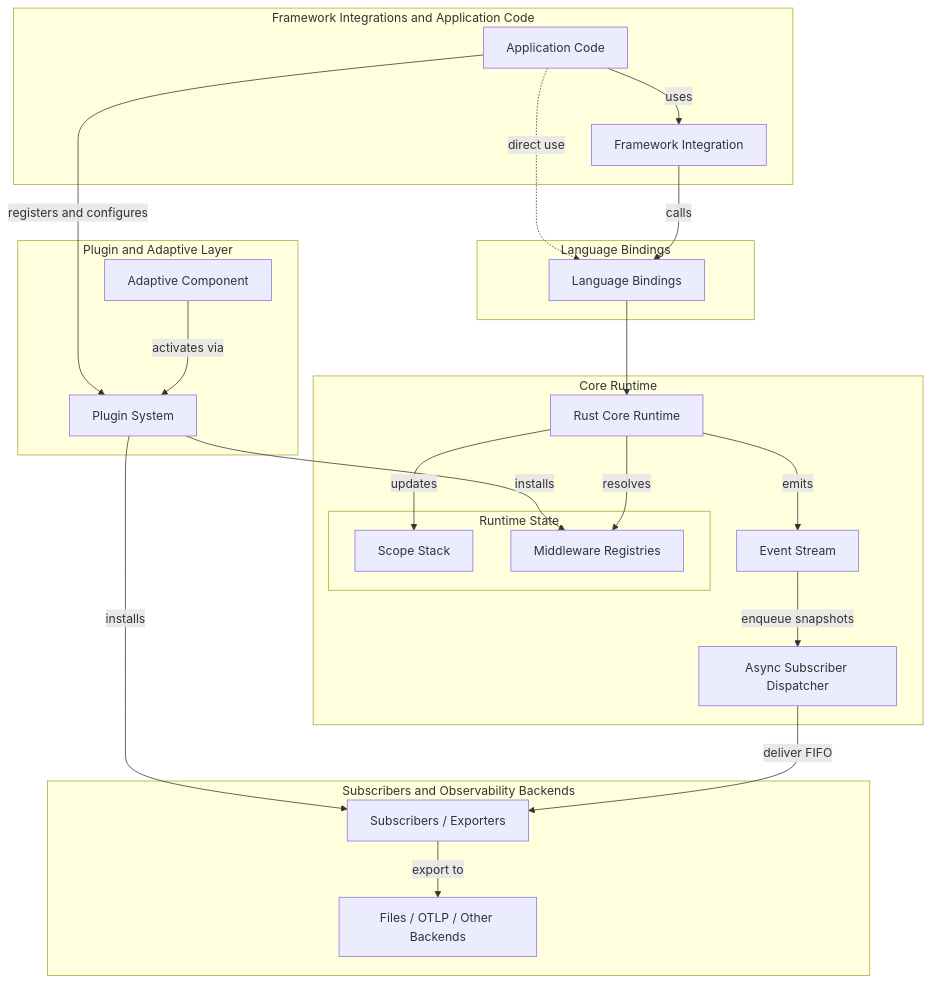
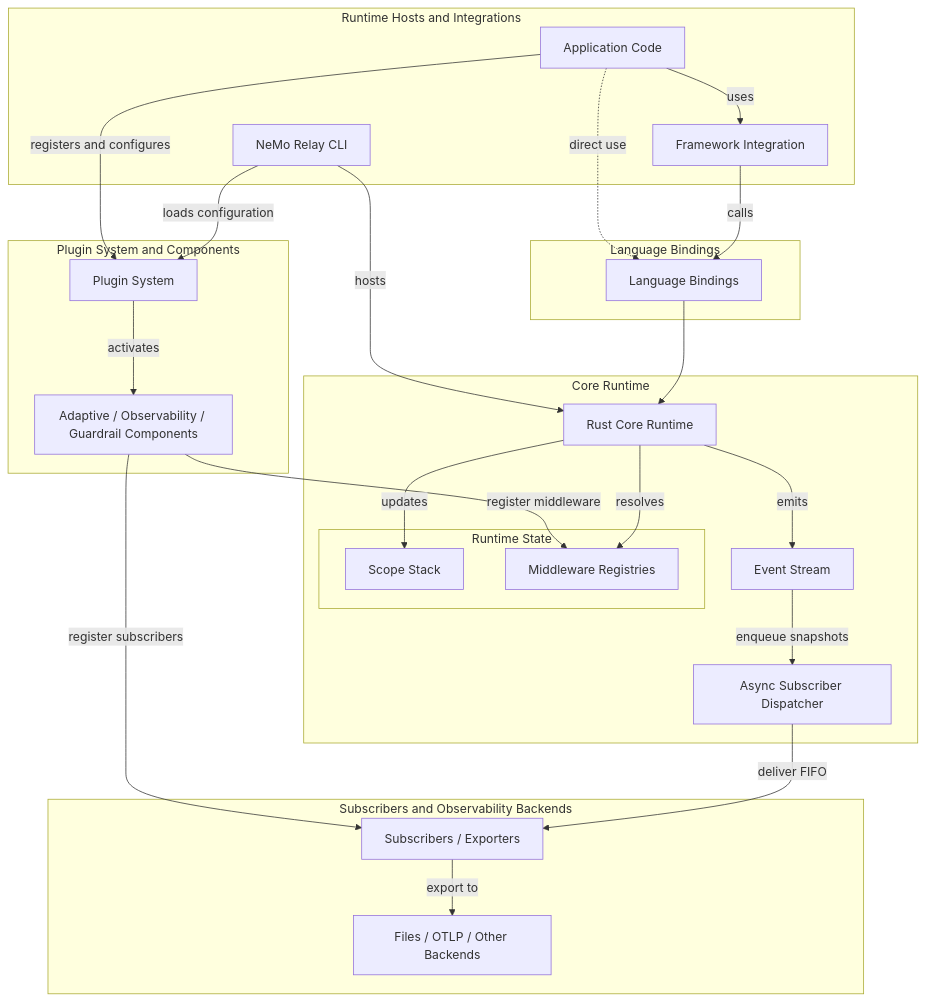
Before and after one commit to AnuradhaKaruppiah/NeMo-Flow: the first of 4 diagrams in docs/about-nemo-relay/architecture.mdx, drawn with Mermaid. The commit also changed other lines of this file, not shown here.

First line of the commit message:
docs: update runtime architecture ownership (#697)

````diff
--- a/docs/about-nemo-relay/architecture.mdx
+++ b/docs/about-nemo-relay/architecture.mdx
@@ -20,66 +25,71 @@
 ```mermaid
 flowchart TB
-    subgraph AppLayer[Framework Integrations and Application Code]
+    subgraph AppLayer[Runtime Hosts and Integrations]
+        CLI[NeMo Relay CLI]
         App[Application Code]
         Framework[Framework Integration]
     end
 
     subgraph BindingLayer[Language Bindings]
         Bindings[Language Bindings]
     end
 
-    subgraph PluginLayer[Plugin and Adaptive Layer]
+    subgraph PluginLayer[Plugin System and Components]
         PluginSystem[Plugin System]
-        Adaptive[Adaptive Component]
+        Components[Adaptive / Observability / Guardrail Components]
+        PluginSystem -->|activates| Components
     end
 
     subgraph CoreLayer[Core Runtime]
         Core[Rust Core Runtime]
 
         subgraph RuntimeState[Runtime State]
             Scope[Scope Stack]
             Registry[Middleware Registries]
         end
 
         Events[Event Stream]
         Dispatcher[Async Subscriber Dispatcher]
     end
 
     subgraph ObsLayer[Subscribers and Observability Backends]
         Subs[Subscribers / Exporters]
         Backends[Files / OTLP / Other Backends]
     end
 
     App -->|uses| Framework
     App -. direct use .-> Bindings
     App -->|registers and configures| PluginSystem
     Framework -->|calls| Bindings
+    CLI -->|hosts| Core
+    CLI -->|loads configuration| PluginSystem
     Bindings --> Core
-    Adaptive -->|activates via| PluginSystem
-    PluginSystem -->|installs| Registry
-    PluginSystem -->|installs| Subs
+    Components -->|register middleware| Registry
+    Components -->|register subscribers| Subs
     Core -->|updates| Scope
     Core -->|resolves| Registry
     Core -->|emits| Events
     Events -->|enqueue snapshots| Dispatcher
     Dispatcher -->|deliver FIFO| Subs
     Subs -->|export to| Backends
 
     class AppLayer grey-hint;
     class BindingLayer grey-hint;
     class PluginLayer grey-hint;
     class CoreLayer grey-hint;
     class ObsLayer grey-hint;
     class RuntimeState grey-lightest;
+    class CLI purple-lightest;
     class App purple-lightest;
     class Framework yellow-lightest;
     class Bindings green-lightest;
     class PluginSystem green-light;
-    class Adaptive blue-lightest;
+    class Components blue-lightest;
     class Core green-light;
     class Scope green-light;
     class Registry green-light;
     class Events green-light;
+    class Dispatcher green-light;
     class Subs green-light;
     class Backends grey-light;
 ```
````
